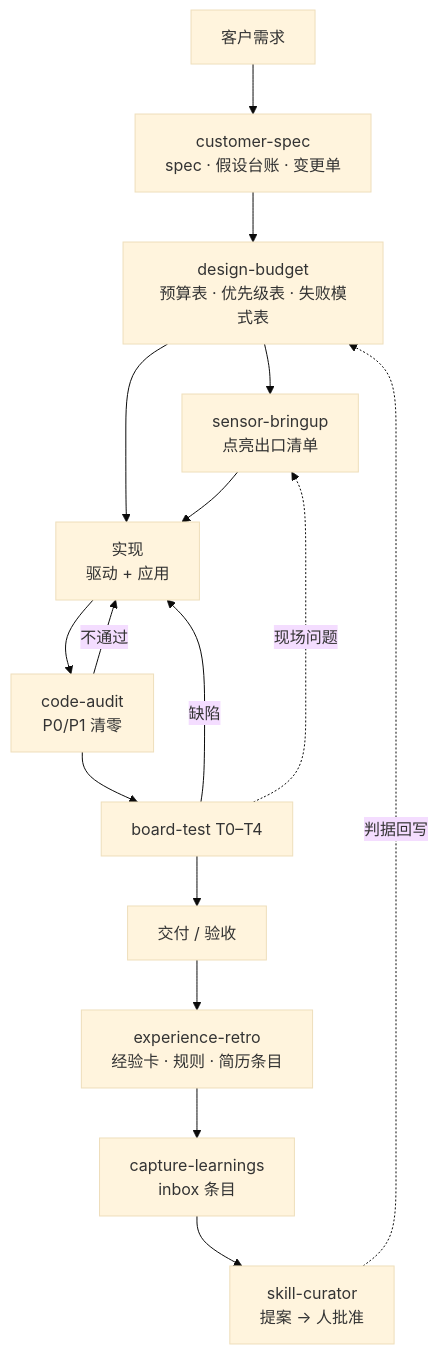
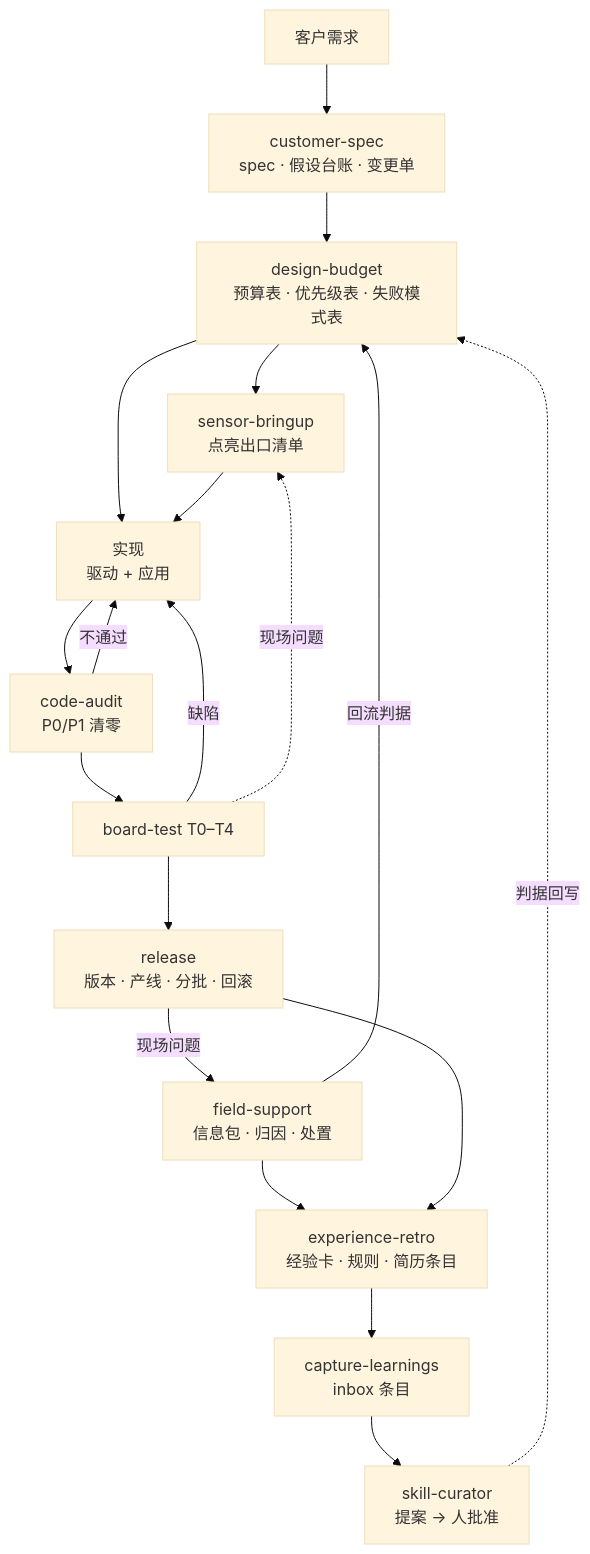
Before and after one commit to laberboy123/xjy_skill: the diagram in workflow.md, drawn with Mermaid (base theme). The commit also changed other lines of this file and 10 other files, not shown here.

Commit message:
feat: 新增 release 与 field-support，闭环补全（v0.5.0）

````diff
--- a/workflow.md
+++ b/workflow.md
@@ -7,18 +7,21 @@
 ```mermaid
 flowchart TD
     A[客户需求] --> B[customer-spec<br/>spec · 假设台账 · 变更单]
     B --> C[design-budget<br/>预算表 · 优先级表 · 失败模式表]
     C --> D[sensor-bringup<br/>点亮出口清单]
     C --> E[实现<br/>驱动 + 应用]
     D --> E
     E --> F[code-audit<br/>P0/P1 清零]
     F -->|不通过| E
     F --> G[board-test T0–T4]
     G -->|缺陷| E
-    G --> H[交付 / 验收]
-    H --> I[experience-retro<br/>经验卡 · 规则 · 简历条目]
-    I --> J[capture-learnings<br/>inbox 条目]
-    J --> K[skill-curator<br/>提案 → 人批准]
-    K -.判据回写.-> C
+    G --> H[release<br/>版本 · 产线 · 分批 · 回滚]
+    H -->|现场问题| I[field-support<br/>信息包 · 归因 · 处置]
+    I -->|回流判据| C
+    I --> J[experience-retro<br/>经验卡 · 规则 · 简历条目]
+    H --> J
+    J --> K[capture-learnings<br/>inbox 条目]
+    K --> L[skill-curator<br/>提案 → 人批准]
+    L -.判据回写.-> C
     G -.现场问题.-> D
 ```
````
